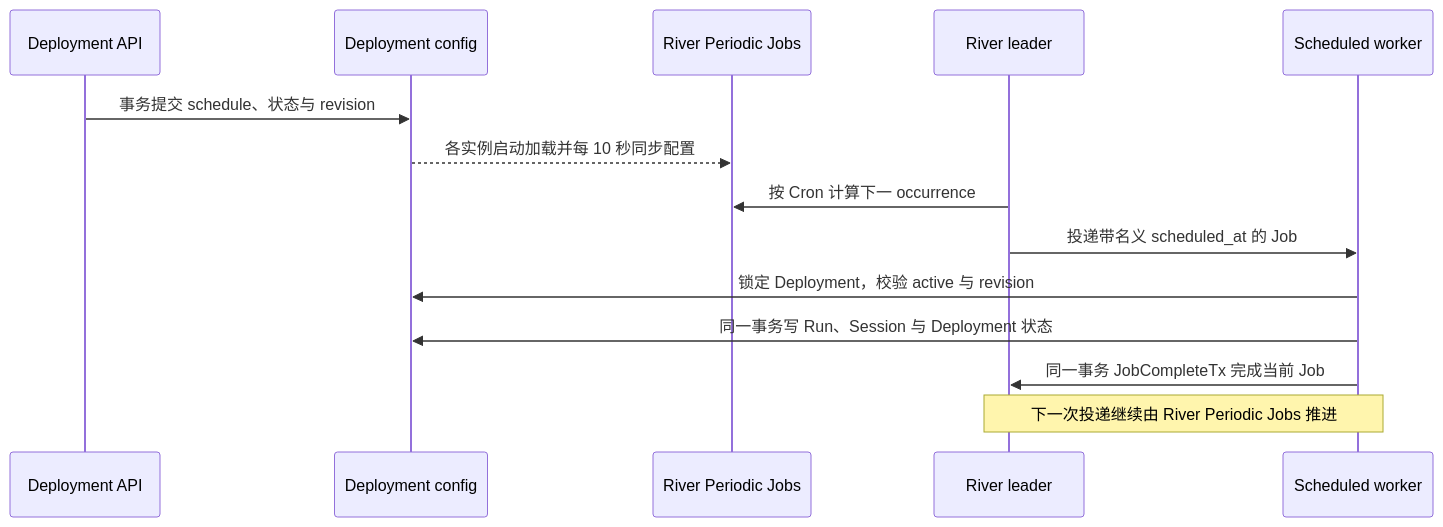
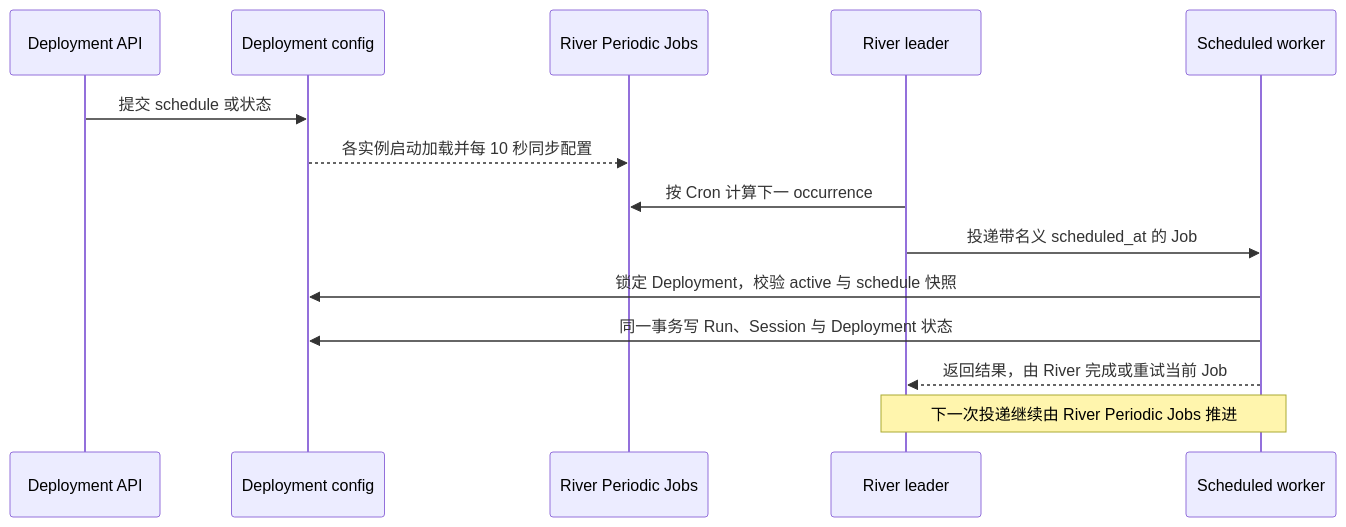
One commit to superduck-ai/open-managed-agents changed the diagram in docs/design/be/deployments-api-contract.md. Above: the diagram before and after it, drawn with Mermaid. The commit also changed other lines of this file and 14 other files, not shown here.

````diff
--- a/docs/design/be/deployments-api-contract.md
+++ b/docs/design/be/deployments-api-contract.md
@@ -71,17 +71,17 @@
 ```mermaid
 sequenceDiagram
     participant API as Deployment API
     participant AppDB as Deployment config
     participant Registry as River Periodic Jobs
     participant Leader as River leader
     participant Worker as Scheduled worker
 
-    API->>AppDB: 事务提交 schedule、状态与 revision
+    API->>AppDB: 提交 schedule 或状态
     AppDB-->>Registry: 各实例启动加载并每 10 秒同步配置
     Leader->>Registry: 按 Cron 计算下一 occurrence
     Leader->>Worker: 投递带名义 scheduled_at 的 Job
-    Worker->>AppDB: 锁定 Deployment，校验 active 与 revision
+    Worker->>AppDB: 锁定 Deployment，校验 active 与 schedule 快照
     Worker->>AppDB: 同一事务写 Run、Session 与 Deployment 状态
-    Worker->>Leader: 同一事务 JobCompleteTx 完成当前 Job
+	Worker-->>Leader: 返回结果，由 River 完成或重试当前 Job
     Note over Leader,Worker: 下一次投递继续由 River Periodic Jobs 推进
 ```
````
